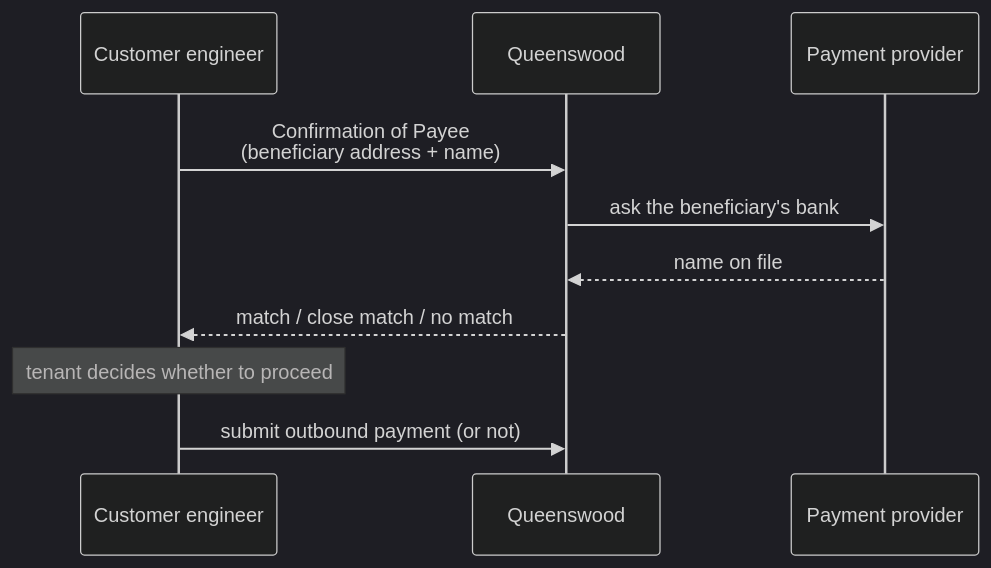
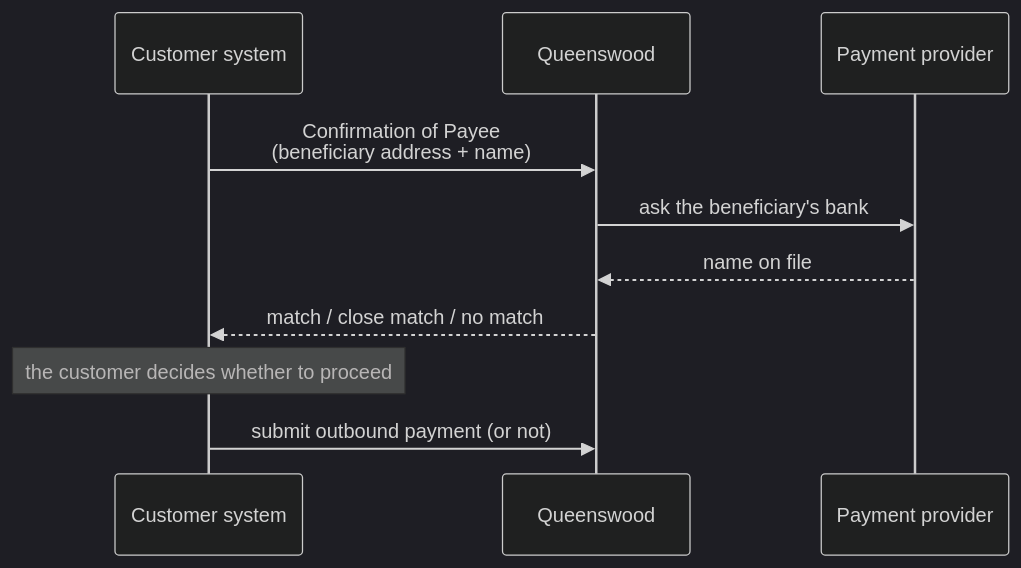
Before and after one commit to repldriven/queenswood: the sixth of 8 diagrams in docs/prd/payments.md, drawn with Mermaid (dark theme). The commit also changed other lines of this file and 32 other files, not shown here.

````diff
--- a/docs/prd/payments.md
+++ b/docs/prd/payments.md
@@ -402,13 +402,13 @@
 ```mermaid
 sequenceDiagram
-    participant T as Customer engineer
+    participant T as Customer system
     participant Q as Queenswood
     participant S as Payment provider
 
     T->>Q: Confirmation of Payee<br/>(beneficiary address + name)
     Q->>S: ask the beneficiary's bank
     S-->>Q: name on file
     Q-->>T: match / close match / no match
-    Note over T: tenant decides whether to proceed
+    Note over T: the customer decides whether to proceed
     T->>Q: submit outbound payment (or not)
 ```
````
